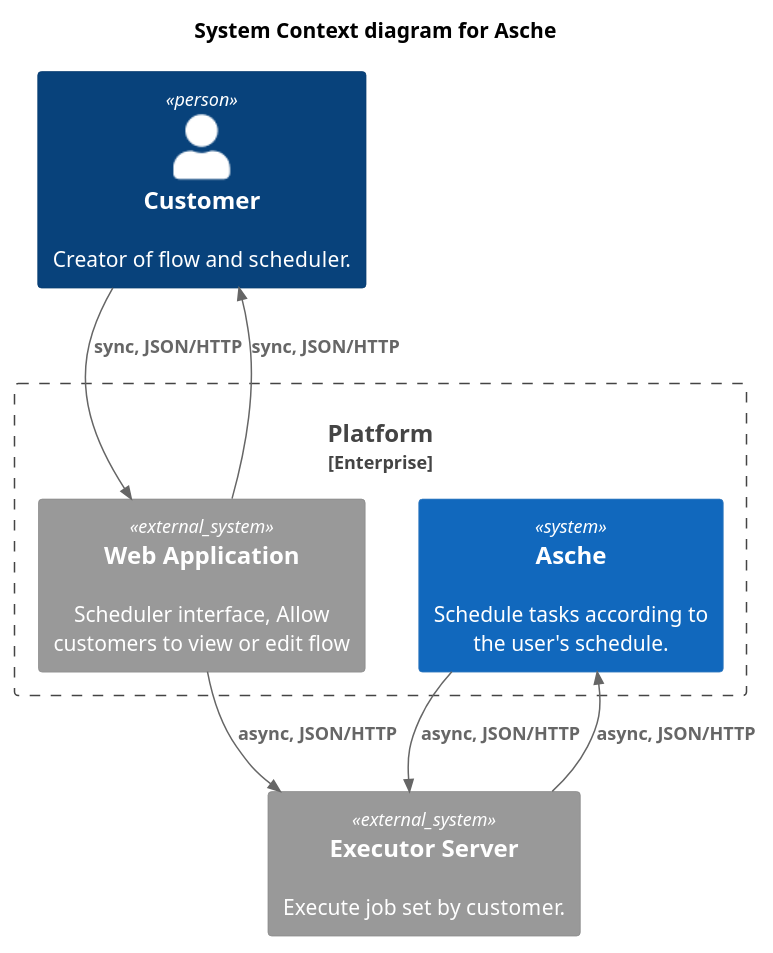
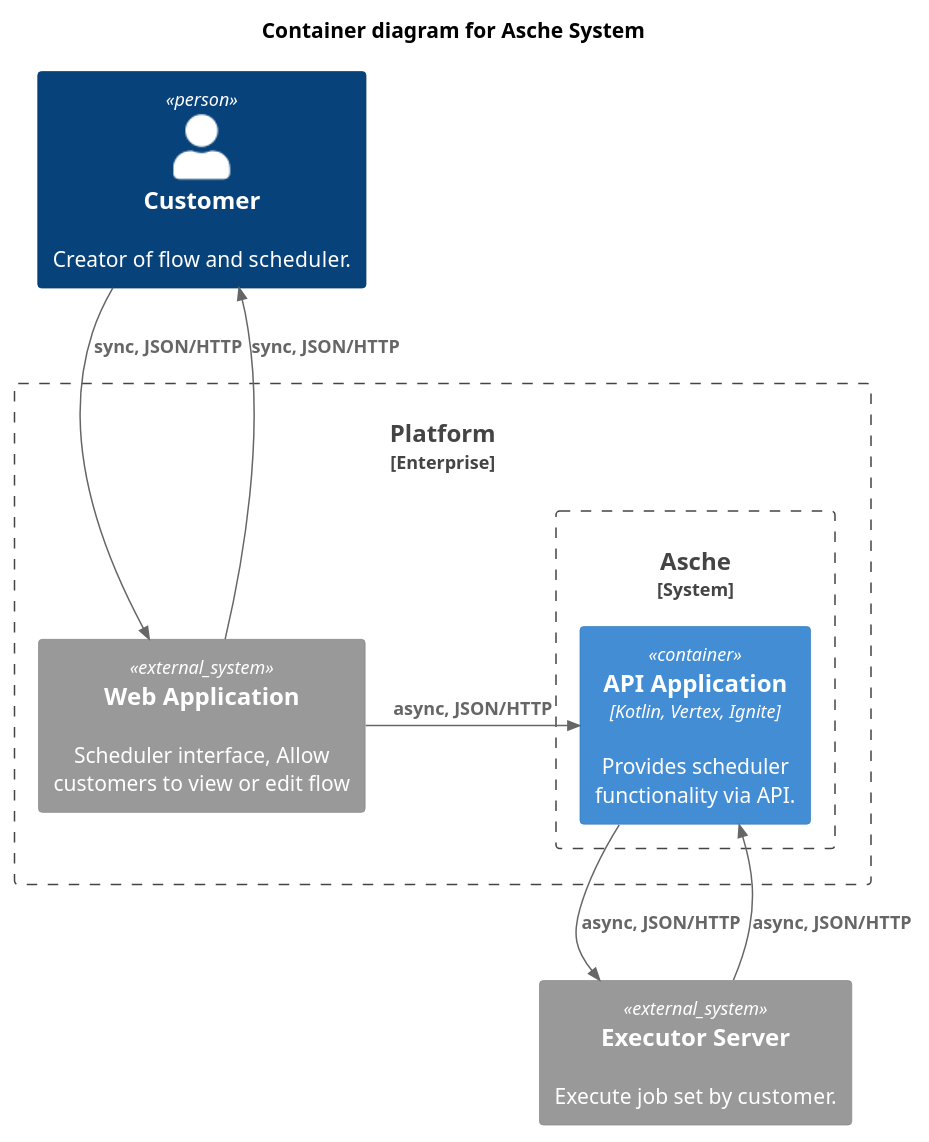
Before and after one commit to abslib/asche: the diagram in docs/c4_container.puml, drawn with PlantUML.

```diff
--- a/docs/c4_container.puml
+++ b/docs/c4_container.puml
@@ -1,22 +1,23 @@
 @startuml
 !includeurl https://raw.githubusercontent.com/RicardoNiepel/C4-PlantUML/release/1-0/C4_Container.puml
 
-title System Context diagram for Asche
+title Container diagram for Asche System
 
 Person(user, "Customer", "Creator of flow and scheduler.")
 
 Enterprise_Boundary(c0, "Platform") {
     System_Ext(web_app, "Web Application", "Scheduler interface, Allow customers to view or edit flow")
-    System(asche, "Asche", "Schedule tasks according to the user's schedule.")
+    System_Boundary(c1, "Asche") {
+        Container(asche, "API Application", "Kotlin, Vertex, Ignite", "Provides scheduler functionality via API.")
+    }
 }
 
 System_Ext(executor, "Executor Server", "Execute job set by customer.")
 Rel_D(user, web_app, "sync, JSON/HTTP")
 Rel_Back(user, web_app, "sync, JSON/HTTP")
 
-Rel_R(web_app, executor, "async, JSON/HTTP")
+Rel_R(web_app, asche, "async, JSON/HTTP")
 
 Rel_D(asche, "executor", "async, JSON/HTTP")
 Rel_Back(asche, "executor", "async, JSON/HTTP")
-
 @enduml
```
